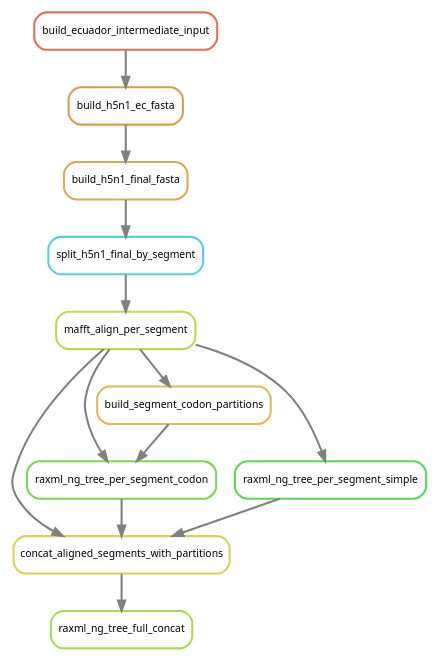
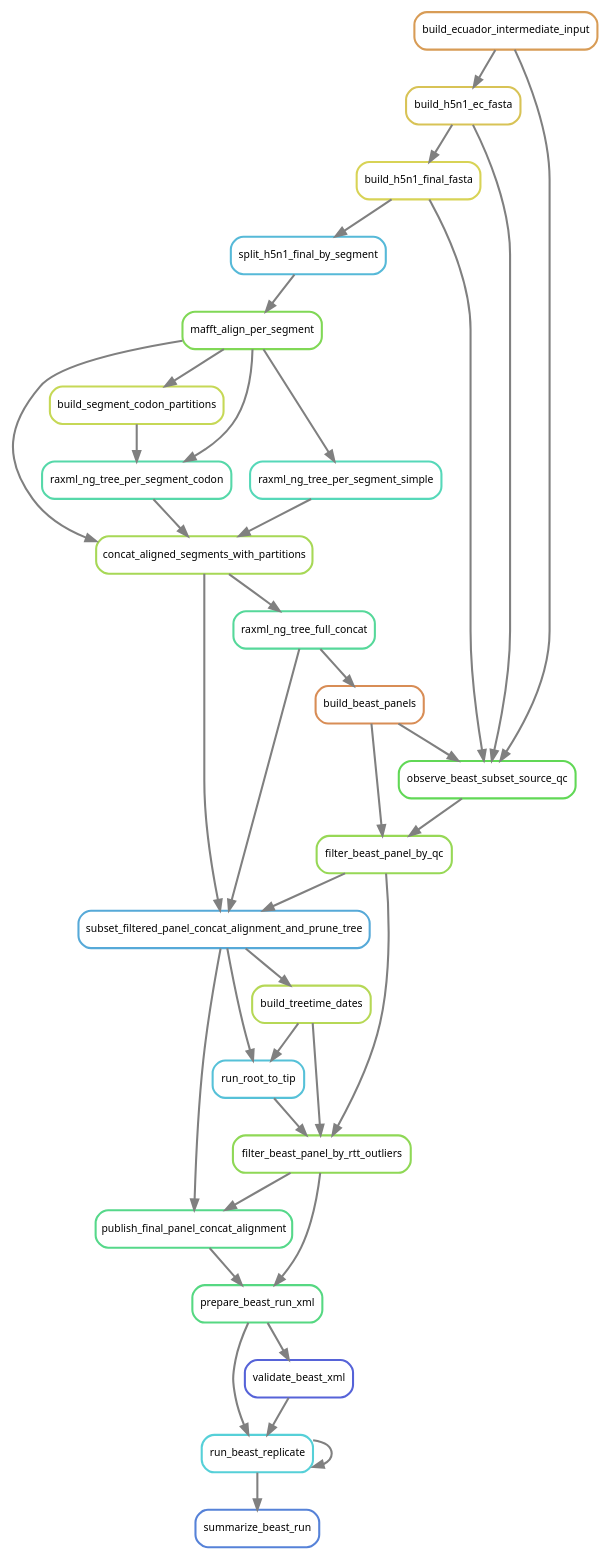
One commit to Sebysemily/Flu changed the diagram in analysis/pipeline_rulegraph.dot. Above: the diagram before and after it, drawn with Graphviz. The commit also changed 125 other files, not shown here.

```diff
--- a/analysis/pipeline_rulegraph.dot
+++ b/analysis/pipeline_rulegraph.dot
@@ -1,27 +1,64 @@
 digraph snakemake_dag {
     graph[bgcolor=white, margin=0];
     node[shape=box, style=rounded, fontname=sans,                 fontsize=10, penwidth=2];
     edge[penwidth=2, color=grey];
-	0[label = "raxml_ng_tree_full_concat", color = "0.22 0.6 0.85", style="rounded"];
-	1[label = "concat_aligned_segments_with_partitions", color = "0.16 0.6 0.85", style="rounded"];
-	2[label = "mafft_align_per_segment", color = "0.20 0.6 0.85", style="rounded"];
-	3[label = "split_h5n1_final_by_segment", color = "0.51 0.6 0.85", style="rounded"];
-	4[label = "build_h5n1_final_fasta", color = "0.11 0.6 0.85", style="rounded"];
-	5[label = "build_h5n1_ec_fasta", color = "0.09 0.6 0.85", style="rounded"];
-	6[label = "build_ecuador_intermediate_input", color = "0.04 0.6 0.85", style="rounded"];
-	7[label = "raxml_ng_tree_per_segment_codon", color = "0.29 0.6 0.85", style="rounded"];
-	8[label = "build_segment_codon_partitions", color = "0.13 0.6 0.85", style="rounded"];
-	9[label = "raxml_ng_tree_per_segment_simple", color = "0.33 0.6 0.85", style="rounded"];
-	1 -> 0
+	1[label = "summarize_beast_run", color = "0.61 0.6 0.85", style="rounded"];
+	2[label = "run_beast_replicate", color = "0.51 0.6 0.85", style="rounded"];
+	3[label = "prepare_beast_run_xml", color = "0.39 0.6 0.85", style="rounded"];
+	4[label = "filter_beast_panel_by_rtt_outliers", color = "0.26 0.6 0.85", style="rounded"];
+	5[label = "filter_beast_panel_by_qc", color = "0.25 0.6 0.85", style="rounded"];
+	6[label = "build_beast_panels", color = "0.07 0.6 0.85", style="rounded"];
+	7[label = "raxml_ng_tree_full_concat", color = "0.42 0.6 0.85", style="rounded"];
+	8[label = "concat_aligned_segments_with_partitions", color = "0.23 0.6 0.85", style="rounded"];
+	9[label = "mafft_align_per_segment", color = "0.28 0.6 0.85", style="rounded"];
+	10[label = "split_h5n1_final_by_segment", color = "0.54 0.6 0.85", style="rounded"];
+	11[label = "build_h5n1_final_fasta", color = "0.16 0.6 0.85", style="rounded"];
+	12[label = "build_h5n1_ec_fasta", color = "0.14 0.6 0.85", style="rounded"];
+	13[label = "build_ecuador_intermediate_input", color = "0.09 0.6 0.85", style="rounded"];
+	14[label = "raxml_ng_tree_per_segment_codon", color = "0.44 0.6 0.85", style="rounded"];
+	15[label = "build_segment_codon_partitions", color = "0.19 0.6 0.85", style="rounded"];
+	16[label = "raxml_ng_tree_per_segment_simple", color = "0.46 0.6 0.85", style="rounded"];
+	17[label = "observe_beast_subset_source_qc", color = "0.32 0.6 0.85", style="rounded"];
+	18[label = "run_root_to_tip", color = "0.53 0.6 0.85", style="rounded"];
+	19[label = "subset_filtered_panel_concat_alignment_and_prune_tree", color = "0.56 0.6 0.85", style="rounded"];
+	20[label = "build_treetime_dates", color = "0.21 0.6 0.85", style="rounded"];
+	21[label = "publish_final_panel_concat_alignment", color = "0.40 0.6 0.85", style="rounded"];
+	22[label = "validate_beast_xml", color = "0.65 0.6 0.85", style="rounded"];
 	2 -> 1
-	7 -> 1
-	9 -> 1
+	2 -> 2
 	3 -> 2
+	22 -> 2
 	4 -> 3
+	21 -> 3
+	18 -> 4
+	20 -> 4
 	5 -> 4
 	6 -> 5
-	2 -> 7
+	17 -> 5
+	7 -> 6
 	8 -> 7
-	2 -> 8
-	2 -> 9
+	14 -> 8
+	9 -> 8
+	16 -> 8
+	10 -> 9
+	11 -> 10
+	12 -> 11
+	13 -> 12
+	9 -> 14
+	15 -> 14
+	9 -> 15
+	9 -> 16
+	11 -> 17
+	13 -> 17
+	6 -> 17
+	12 -> 17
+	19 -> 18
+	20 -> 18
+	7 -> 19
+	8 -> 19
+	5 -> 19
+	19 -> 20
+	19 -> 21
+	4 -> 21
+	3 -> 22
 }            
```
